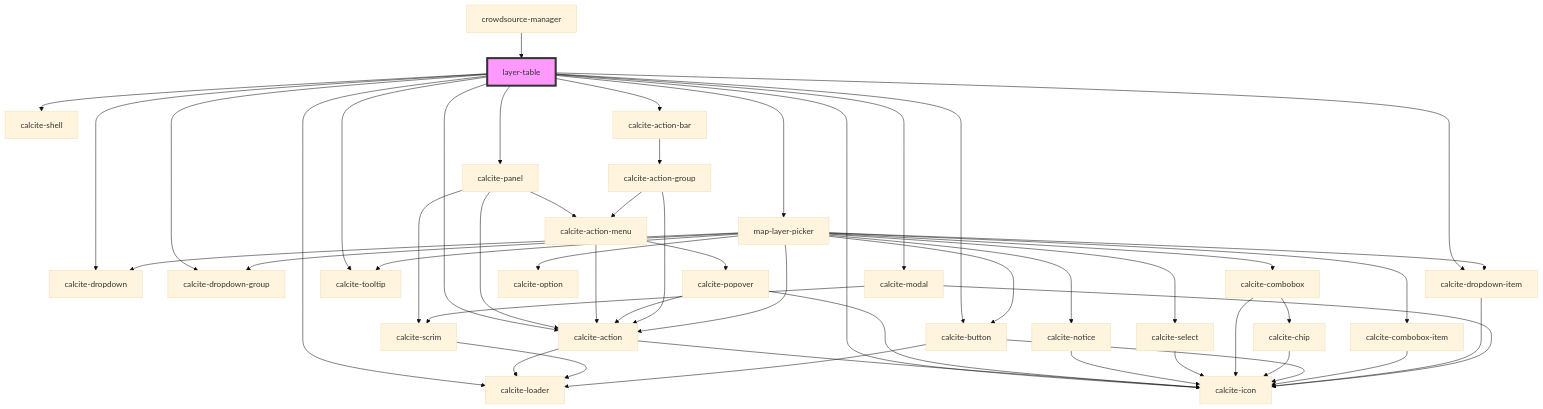
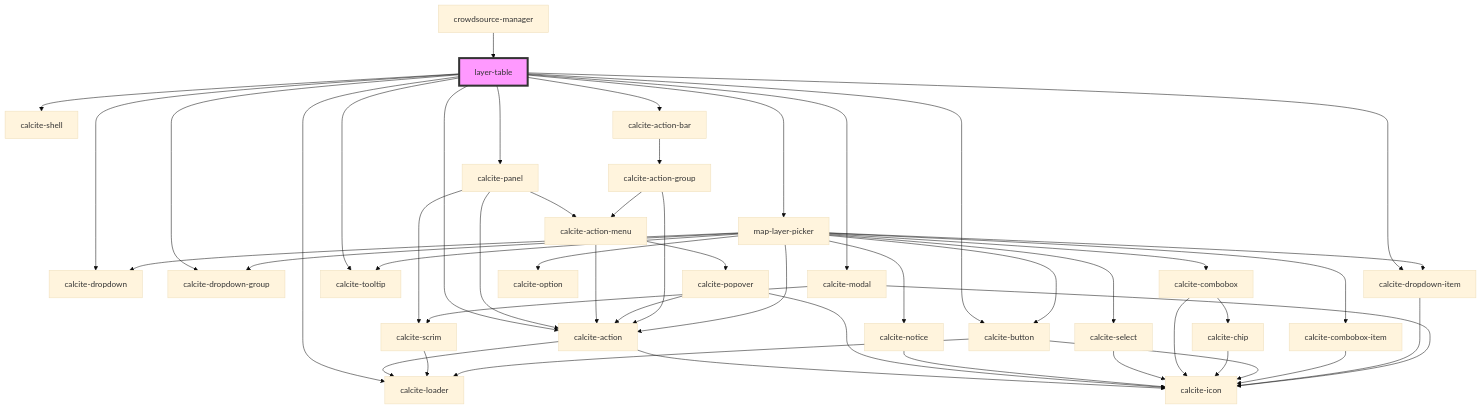
The diagram in src/components/layer-table/readme.md (Esri/solutions-components), drawn with Mermaid (base theme) before and after one commit. The commit also changed other lines of this file and 2 other files, not shown here.

Commit message:
remove delete icon

````diff
--- a/src/components/layer-table/readme.md
+++ b/src/components/layer-table/readme.md
@@ -53,53 +52,52 @@
 ```mermaid
 graph TD;
   layer-table --> calcite-shell
   layer-table --> calcite-panel
   layer-table --> calcite-loader
   layer-table --> calcite-action-bar
   layer-table --> map-layer-picker
   layer-table --> calcite-dropdown
   layer-table --> calcite-action
   layer-table --> calcite-button
   layer-table --> calcite-dropdown-group
   layer-table --> calcite-dropdown-item
   layer-table --> calcite-tooltip
   layer-table --> calcite-modal
-  layer-table --> calcite-icon
   calcite-panel --> calcite-action
   calcite-panel --> calcite-action-menu
   calcite-panel --> calcite-scrim
   calcite-action --> calcite-loader
   calcite-action --> calcite-icon
   calcite-action-menu --> calcite-action
   calcite-action-menu --> calcite-popover
   calcite-popover --> calcite-action
   calcite-popover --> calcite-icon
   calcite-scrim --> calcite-loader
   calcite-action-bar --> calcite-action-group
   calcite-action-group --> calcite-action-menu
   calcite-action-group --> calcite-action
   map-layer-picker --> calcite-tooltip
   map-layer-picker --> calcite-notice
   map-layer-picker --> calcite-select
   map-layer-picker --> calcite-combobox
   map-layer-picker --> calcite-dropdown
   map-layer-picker --> calcite-action
   map-layer-picker --> calcite-button
   map-layer-picker --> calcite-dropdown-group
   map-layer-picker --> calcite-combobox-item
   map-layer-picker --> calcite-option
   map-layer-picker --> calcite-dropdown-item
   calcite-notice --> calcite-icon
   calcite-select --> calcite-icon
   calcite-combobox --> calcite-chip
   calcite-combobox --> calcite-icon
   calcite-chip --> calcite-icon
   calcite-button --> calcite-loader
   calcite-button --> calcite-icon
   calcite-combobox-item --> calcite-icon
   calcite-dropdown-item --> calcite-icon
   calcite-modal --> calcite-scrim
   calcite-modal --> calcite-icon
   crowdsource-manager --> layer-table
   style layer-table fill:#f9f,stroke:#333,stroke-width:4px
 ```
````
